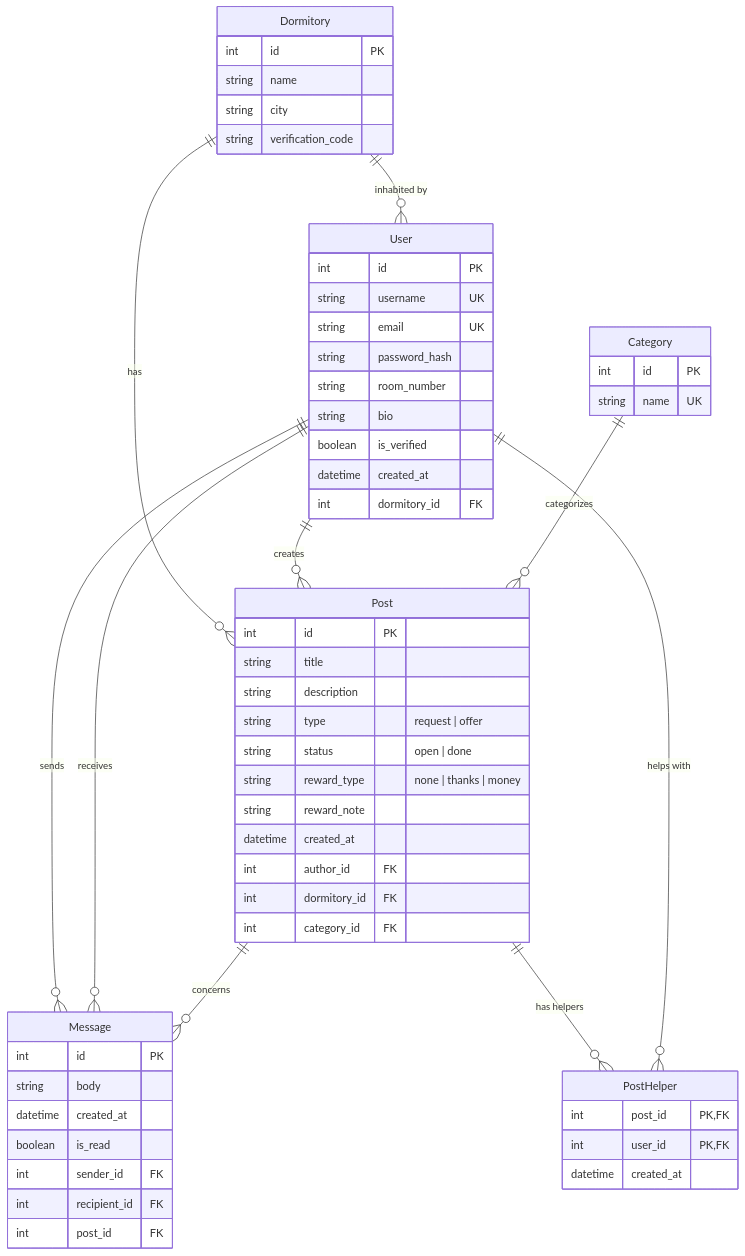
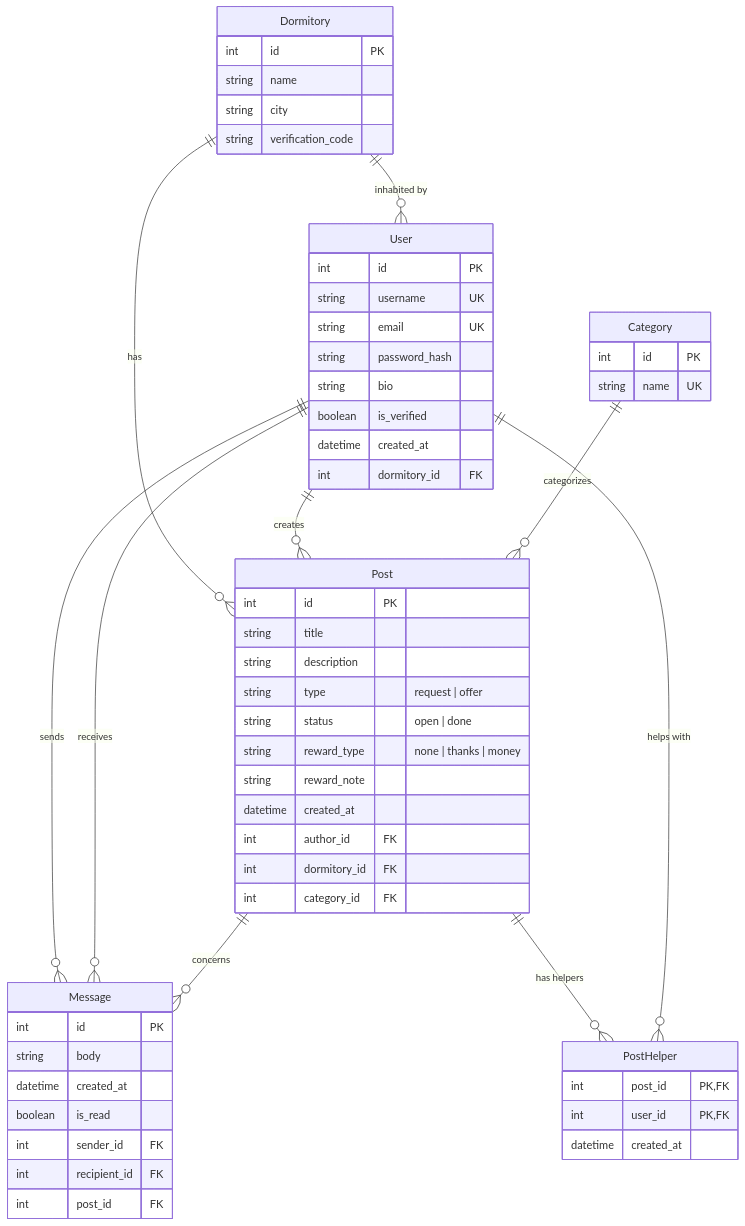
One commit to aylinRsl/FSWD-Team3 changed the diagram in docs/02-data-model.md. Above: the diagram before and after it, drawn with Mermaid.

Commit message:
ERD User-room number entfernt

````diff
--- a/docs/02-data-model.md
+++ b/docs/02-data-model.md
@@ -13,68 +13,67 @@
 ```mermaid
 erDiagram
     direction TB
 
     Dormitory ||--o{ User : "inhabited by"
     Dormitory ||--o{ Post : "has"
     User ||--o{ Post : "creates"
     Category ||--o{ Post : "categorizes"
     User ||--o{ Message : "sends"
     User ||--o{ Message : "receives"
     Post ||--o{ Message : "concerns"
     Post ||--o{ PostHelper : "has helpers"
     User ||--o{ PostHelper : "helps with"
 
     Dormitory {
         int id PK
         string name
         string city
         string verification_code
     }
 
     User {
         int id PK
         string username UK
         string email UK
         string password_hash
-        string room_number
         string bio
         boolean is_verified
         datetime created_at
         int dormitory_id FK
     }
 
     Category {
         int id PK
         string name UK
     }
 
     Post {
         int id PK
         string title
         string description
         string type "request | offer"
         string status "open | done"
         string reward_type "none | thanks | money"
         string reward_note
         datetime created_at
         int author_id FK
         int dormitory_id FK
         int category_id FK
     }
 
     PostHelper {
         int post_id PK, FK
         int user_id PK, FK
         datetime created_at
     }
 
     Message {
         int id PK
         string body
         datetime created_at
         boolean is_read
         int sender_id FK
         int recipient_id FK
         int post_id FK
     }
 ```
````
